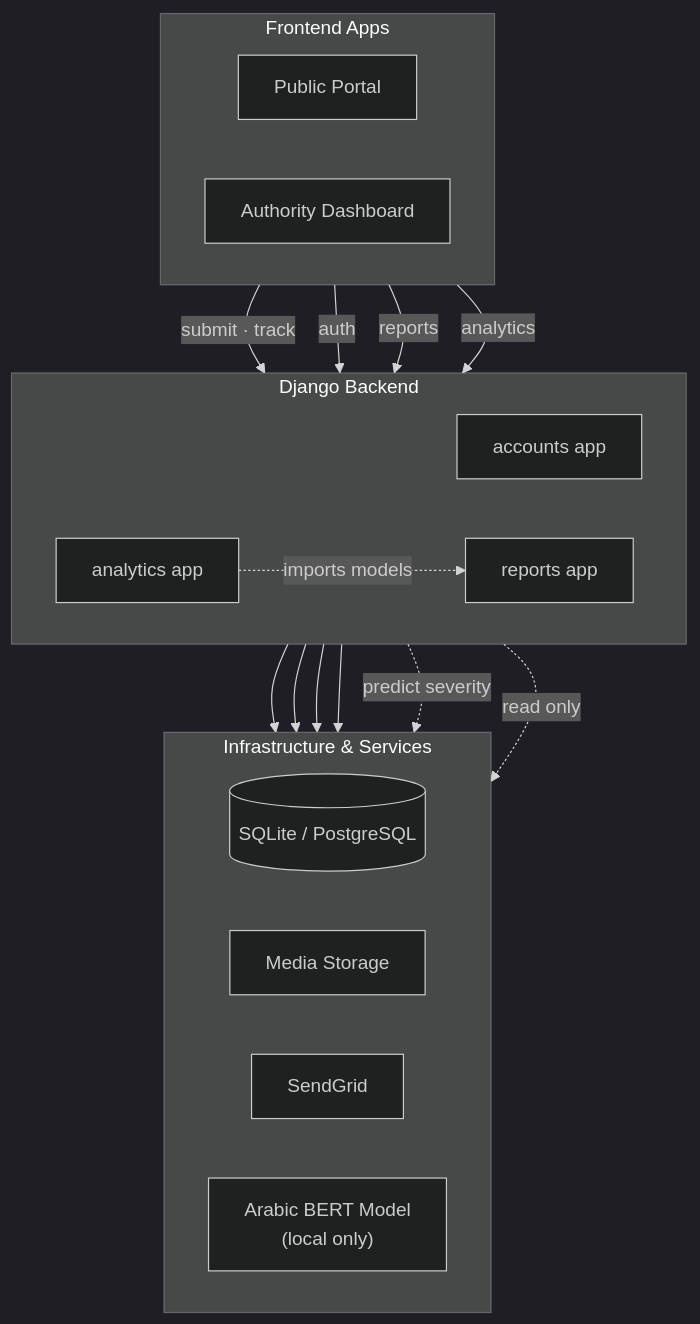
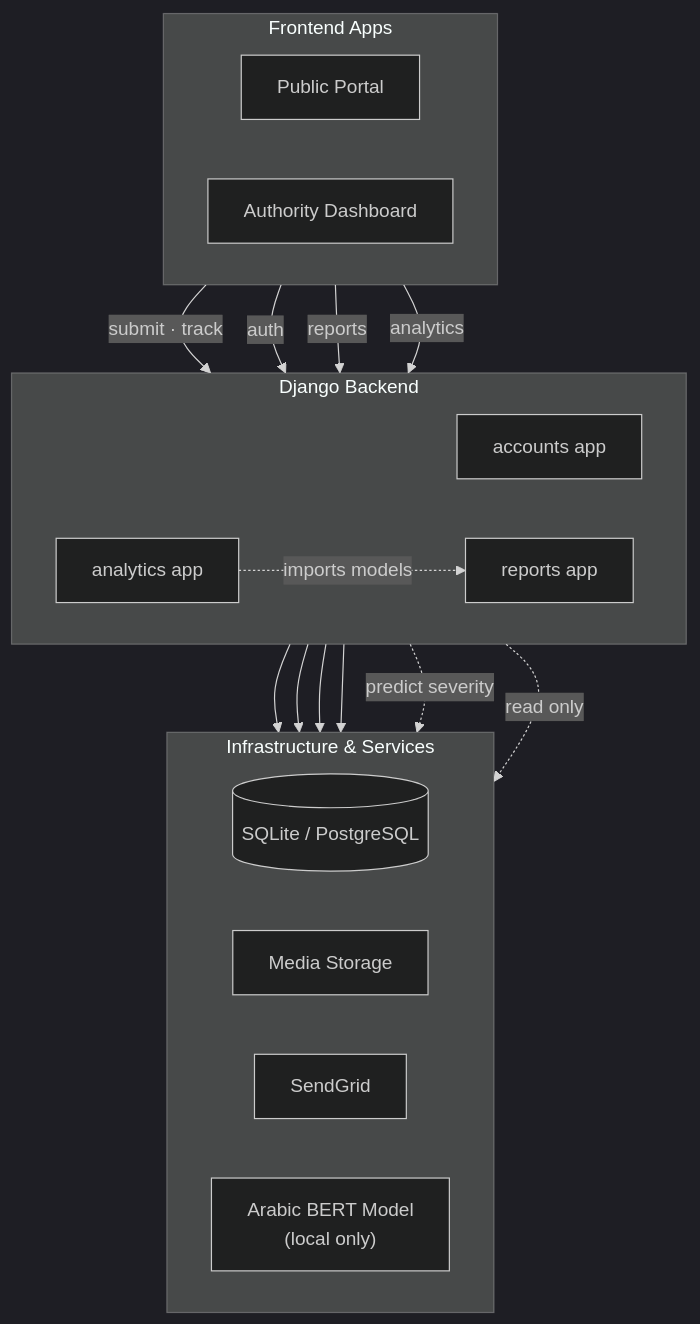
The first of 2 diagrams in test.md (salmakhalill/Python-Sec-Sandbox), drawn with Mermaid (dark theme) before and after one commit.

````diff
--- a/test.md
+++ b/test.md
@@ -22,47 +22,51 @@
 ```mermaid
 flowchart TD
 
     %% Frontends
     subgraph F["Frontend Apps"]
         direction LR
         P["Public Portal"]
         D["Authority Dashboard"]
     end
 
     %% Backend
     subgraph B["Django Backend"]
         direction LR
         AC["accounts app"]
         R["reports app"]
         AN["analytics app"]
     end
 
     %% Infrastructure
     subgraph I["Infrastructure & Services"]
         direction LR
         DB[("SQLite / PostgreSQL")]
         MED["Media Storage"]
         SG["SendGrid"]
         ML["Arabic BERT Model<br/>(local only)"]
     end
 
     %% Frontend → Backend
     P -->|"submit · track"| R
 
     D -->|"auth"| AC
     D -->|"reports"| R
     D -->|"analytics"| AN
 
     %% Internal dependency
     AN -.->|"imports models"| R
 
     %% Backend → Infrastructure
     AC --> DB
     AC --> SG
 
     R --> DB
     R --> MED
     R -.->|"predict severity"| ML
 
     AN -.->|"read only"| DB
+
+    %% --- روابط مخفية لإجبار المحاذاة (Invisible Alignment Links) ---
+    P ~~~ AC
+    D ~~~ AN
 ```
````
